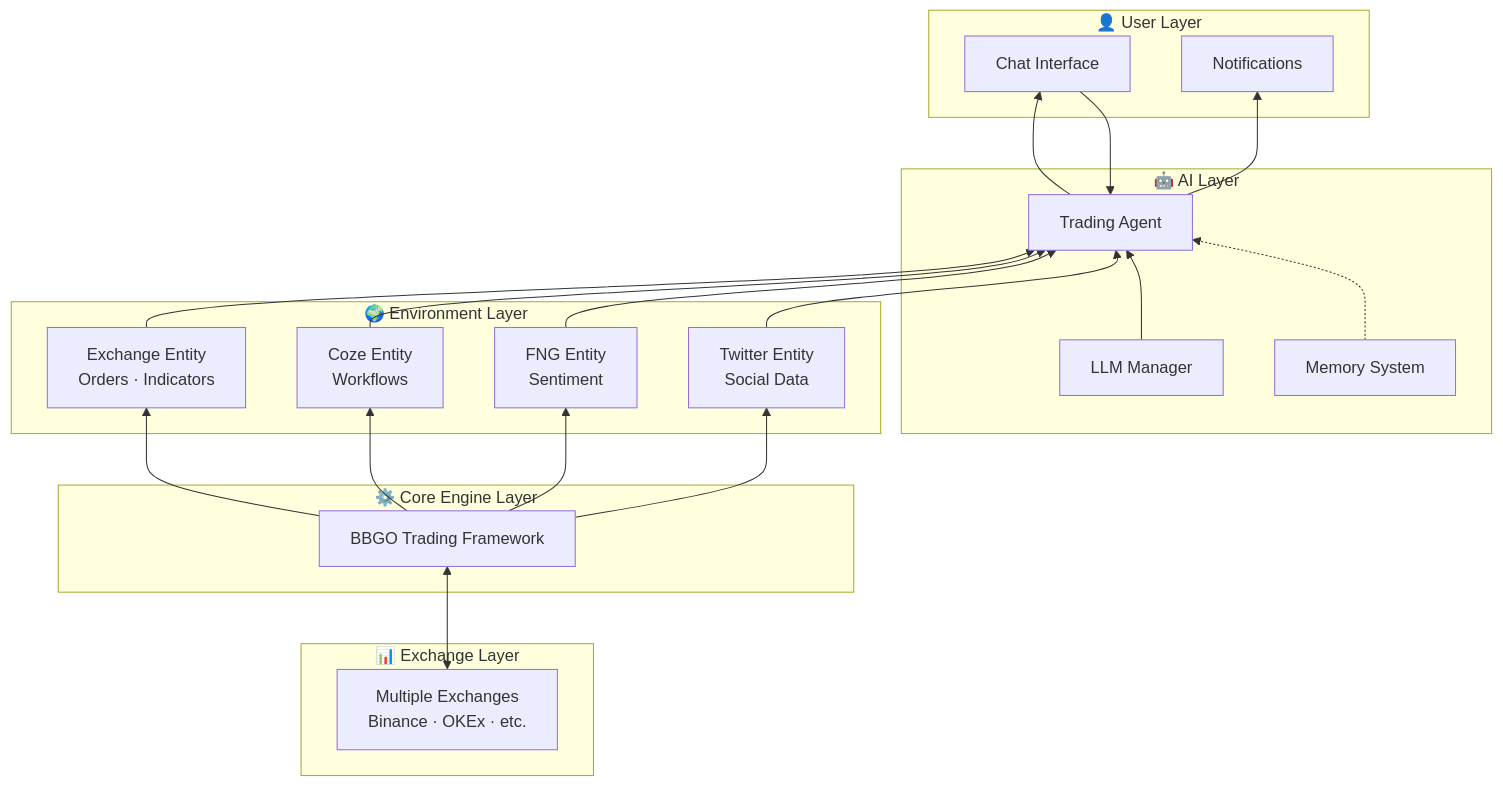
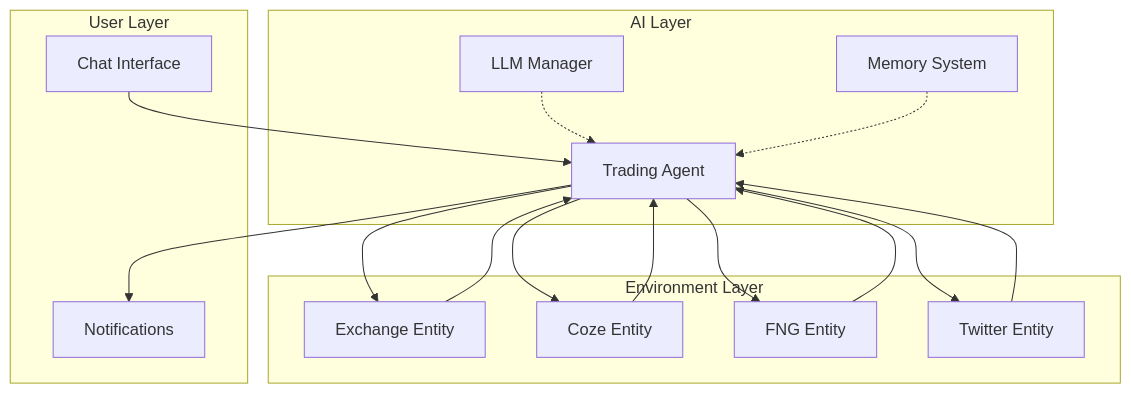
The diagram in README.md (yubing744/trading-gpt), drawn with Mermaid before and after one commit. The commit also changed other lines of this file, not shown here.

````diff
--- a/README.md
+++ b/README.md
@@ -43,46 +43,36 @@
 ```mermaid
-graph BT
-    subgraph Layer1["📊 Exchange Layer"]
-        Exchanges[Multiple Exchanges<br/>Binance · OKEx · etc.]
+graph TD
+    subgraph UserLayer["User Layer"]
+        Chat[Chat Interface]
+        Notify[Notifications]
     end
 
-    subgraph Layer2["⚙️ Core Engine Layer"]
-        BBGO[BBGO Trading Framework]
-    end
-
-    subgraph Layer3["🌍 Environment Layer"]
-        Exchange[Exchange Entity<br/>Orders · Indicators]
-        Coze[Coze Entity<br/>Workflows]
-        FNG[FNG Entity<br/>Sentiment]
-        Twitter[Twitter Entity<br/>Social Data]
-    end
-
-    subgraph Layer4["🤖 AI Layer"]
+    subgraph AILayer["AI Layer"]
         TradingAgent[Trading Agent]
         LLM[LLM Manager]
         Memory[Memory System]
     end
 
-    subgraph Layer5["👤 User Layer"]
-        Chat[Chat Interface]
-        Notify[Notifications]
+    subgraph EnvLayer["Environment Layer"]
+        Exchange[Exchange Entity]
+        Coze[Coze Entity]
+        FNG[FNG Entity]
+        Twitter[Twitter Entity]
     end
 
-    Exchanges <--> BBGO
-    BBGO --> Exchange
-    BBGO --> Coze
-    BBGO --> FNG
-    BBGO --> Twitter
+    Chat --> TradingAgent
+    TradingAgent --> Notify
+
+    TradingAgent --> Exchange
+    TradingAgent --> Coze
+    TradingAgent --> FNG
+    TradingAgent --> Twitter
+
+    LLM -.-> TradingAgent
+    Memory -.-> TradingAgent
 
     Exchange --> TradingAgent
     Coze --> TradingAgent
     FNG --> TradingAgent
     Twitter --> TradingAgent
-
-    LLM --> TradingAgent
-    Memory -.-> TradingAgent
-
-    TradingAgent --> Chat
-    TradingAgent --> Notify
-    Chat --> TradingAgent
 ```
````
